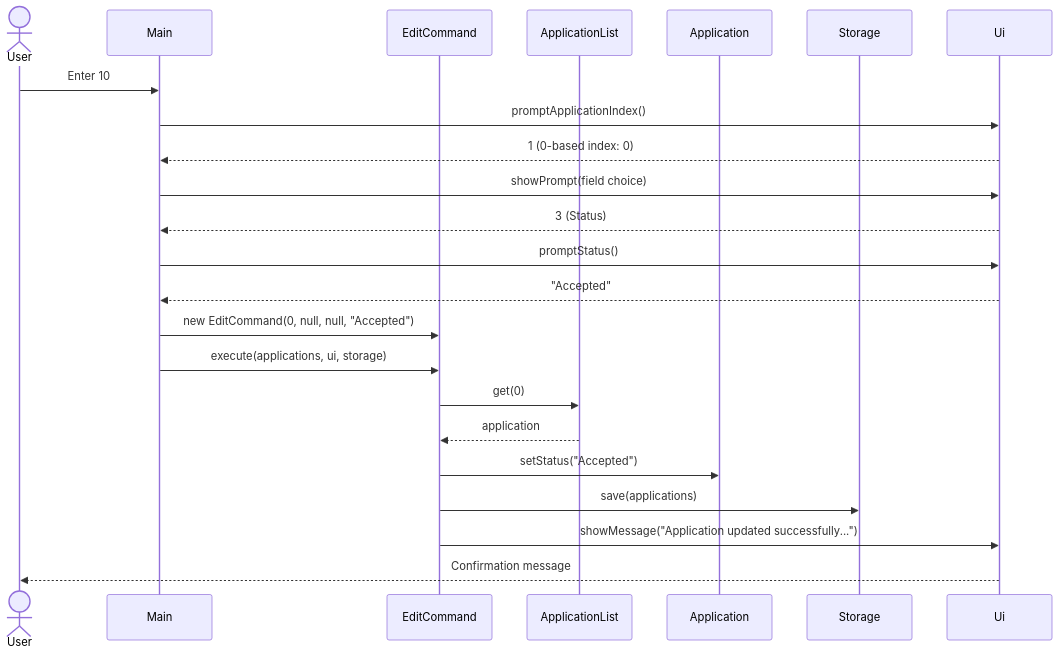
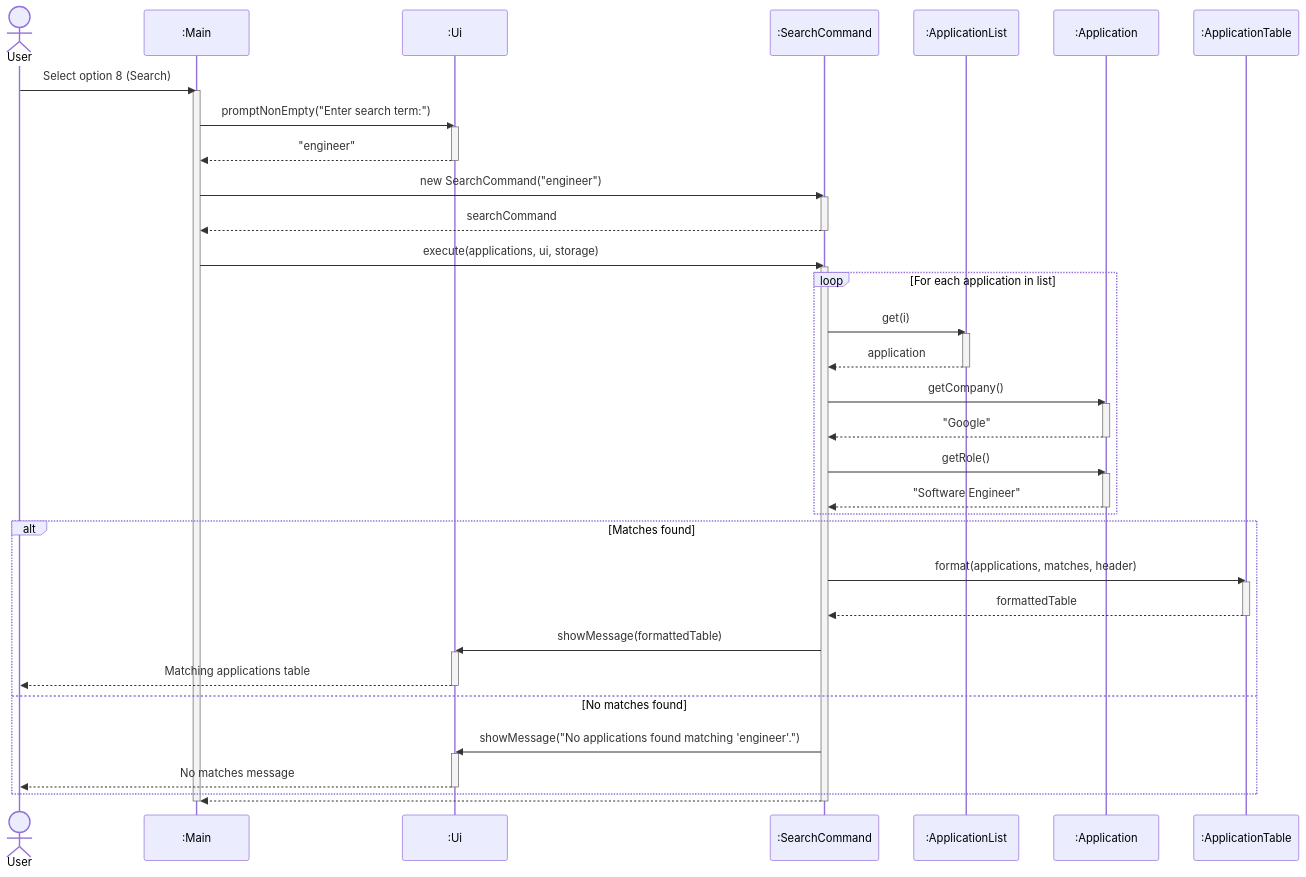
One commit to AY2627S1-CS2113-T10-2/tp changed diagram 13 of 19 in docs/DeveloperGuide.md. Above: the diagram before and after it, drawn with Mermaid. The commit also changed other lines of this file, not shown here.

First line of the commit message:
docs: overhaul DeveloperGuide diagrams and fix rich display error

````diff
--- a/docs/DeveloperGuide.md
+++ b/docs/DeveloperGuide.md
@@ -332,25 +883,58 @@
 ```mermaid
 sequenceDiagram
-    actor User
-    participant Main
-    participant EditCommand
-    participant ApplicationList
-    participant Application
-    participant Storage
-    participant Ui
-    User->>Main: Enter 10
-    Main->>Ui: promptApplicationIndex()
-    Ui-->>Main: 1 (0-based index: 0)
-    Main->>Ui: showPrompt(field choice)
-    Ui-->>Main: 3 (Status)
-    Main->>Ui: promptStatus()
-    Ui-->>Main: "Accepted"
-    Main->>EditCommand: new EditCommand(0, null, null, "Accepted")
-    Main->>EditCommand: execute(applications, ui, storage)
-    EditCommand->>ApplicationList: get(0)
-    ApplicationList-->>EditCommand: application
-    EditCommand->>Application: setStatus("Accepted")
-    EditCommand->>Storage: save(applications)
-    EditCommand->>Ui: showMessage("Application updated successfully...")
-    Ui-->>User: Confirmation message
+    actor user as User
+    participant main as :Main
+    participant ui as :Ui
+    participant cmd as :SearchCommand
+    participant list as :ApplicationList
+    participant app as :Application
+    participant table as :ApplicationTable
+
+    user->>main: Select option 8 (Search)
+    activate main
+    main->>ui: promptNonEmpty("Enter search term:")
+    activate ui
+    ui-->>main: "engineer"
+    deactivate ui
+    main->>cmd: new SearchCommand("engineer")
+    activate cmd
+    cmd-->>main: searchCommand
+    deactivate cmd
+    main->>cmd: execute(applications, ui, storage)
+    activate cmd
+
+    loop For each application in list
+        cmd->>list: get(i)
+        activate list
+        list-->>cmd: application
+        deactivate list
+        cmd->>app: getCompany()
+        activate app
+        app-->>cmd: "Google"
+        deactivate app
+        cmd->>app: getRole()
+        activate app
+        app-->>cmd: "Software Engineer"
+        deactivate app
+    end
+
+    alt Matches found
+        cmd->>table: format(applications, matches, header)
+        activate table
+        table-->>cmd: formattedTable
+        deactivate table
+        cmd->>ui: showMessage(formattedTable)
+        activate ui
+        ui-->>user: Matching applications table
+        deactivate ui
+    else No matches found
+        cmd->>ui: showMessage("No applications found matching 'engineer'.")
+        activate ui
+        ui-->>user: No matches message
+        deactivate ui
+    end
+
+    cmd-->>main: 
+    deactivate cmd
+    deactivate main
 ```
````
